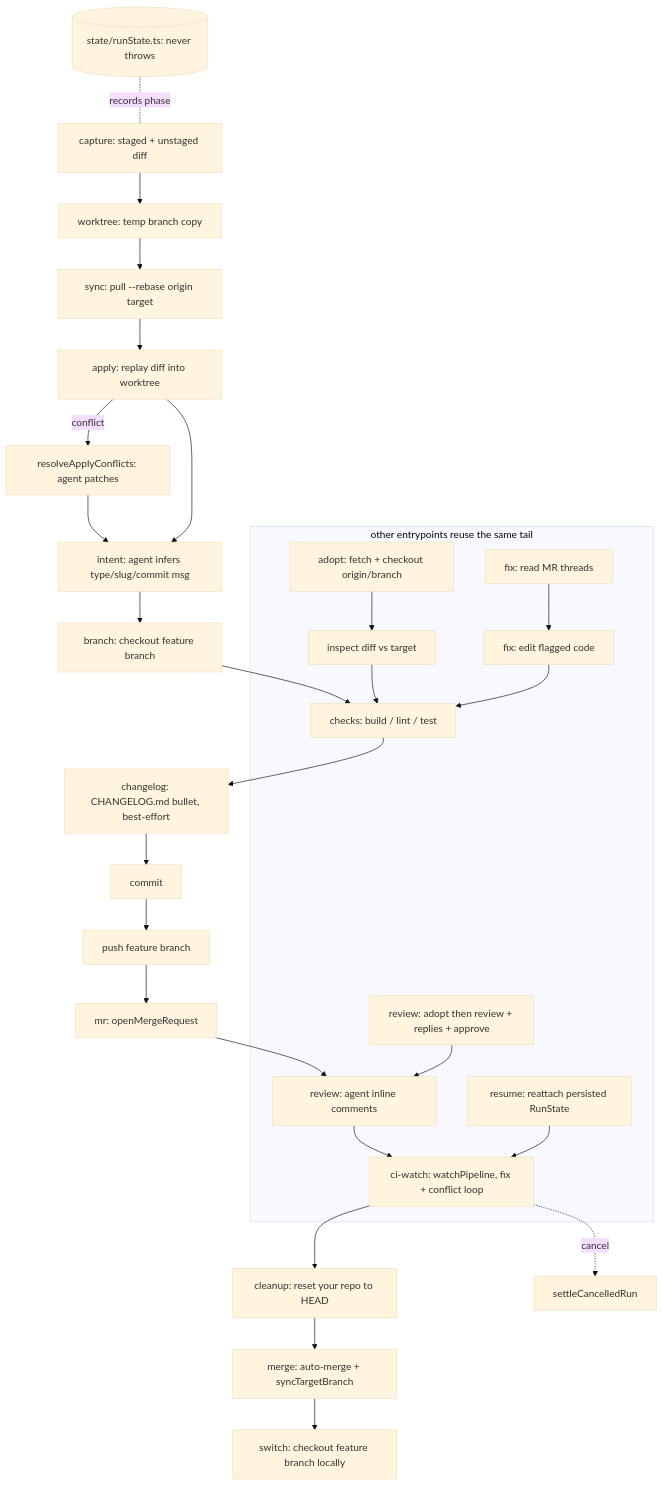
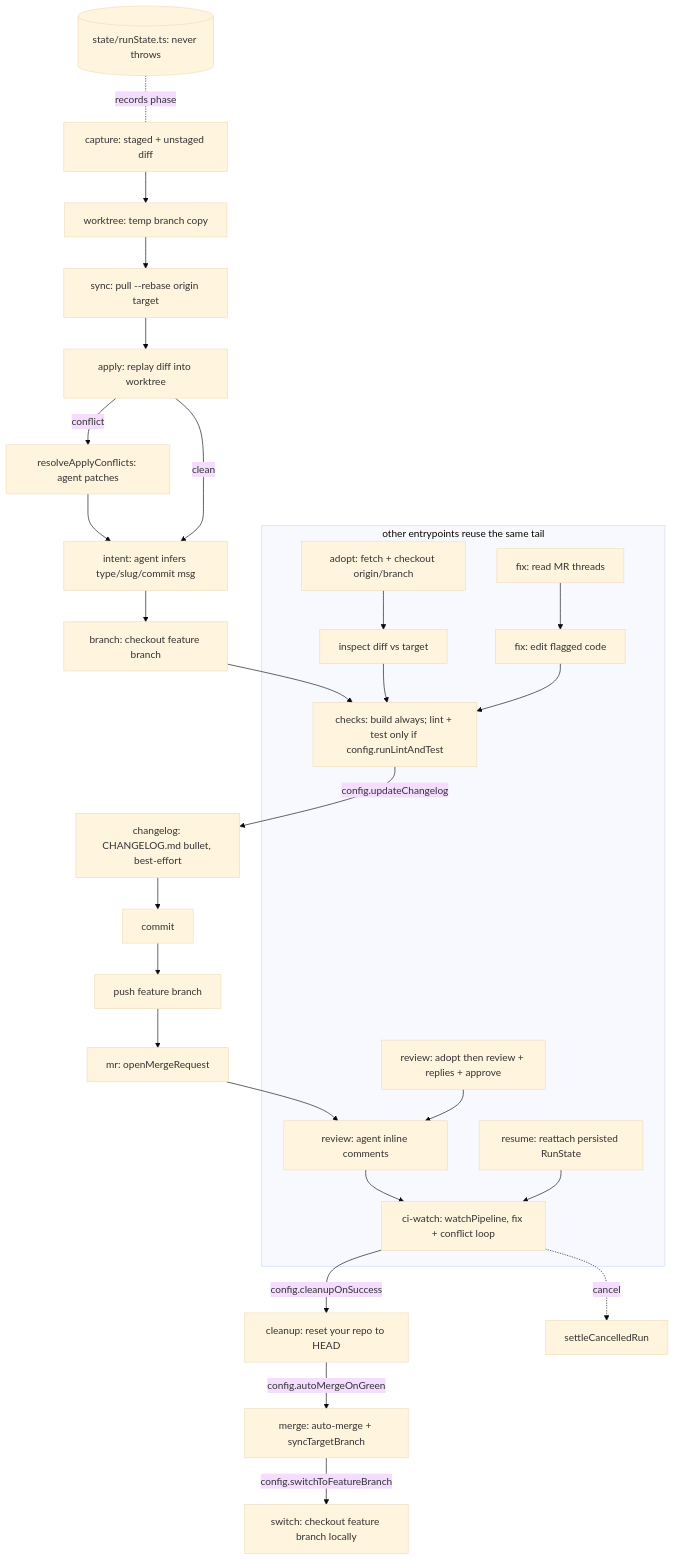
The diagram in .ai-memory/diagrams/workflow/pipeline.mmd (MohanTn/pipeline_worker), drawn with Mermaid (base theme) before and after one commit. The commit also changed 1 other file, not shown here.

```diff
--- a/.ai-memory/diagrams/workflow/pipeline.mmd
+++ b/.ai-memory/diagrams/workflow/pipeline.mmd
@@ -1,31 +1,31 @@
 %% Step ids come from src/workflow/runPlan.ts (freshRunSkeleton / resumeSkeleton /
 %% adoptSkeleton / fixSkeleton / reviewSkeleton). drivePipeline in orchestrate.ts
 %% walks them via the ensure* cursor functions, persisting RunPhase after each.
 flowchart TD
   capture[capture: staged + unstaged diff] --> worktree[worktree: temp branch copy]
   worktree --> sync[sync: pull --rebase origin target]
   sync --> apply[apply: replay diff into worktree]
   apply -->|conflict| resolveApply[resolveApplyConflicts: agent patches]
   resolveApply --> intent
-  apply --> intent[intent: agent infers type/slug/commit msg]
+  apply -->|clean| intent[intent: agent infers type/slug/commit msg]
   intent --> branch[branch: checkout feature branch]
-  branch --> checks[checks: build / lint / test]
-  checks --> changelog[changelog: CHANGELOG.md bullet, best-effort]
+  branch --> checks["checks: build always; lint + test only if config.runLintAndTest"]
+  checks -->|config.updateChangelog| changelog[changelog: CHANGELOG.md bullet, best-effort]
   changelog --> commit[commit]
   commit --> push[push feature branch]
   push --> mr[mr: openMergeRequest]
   mr --> review[review: agent inline comments]
   review --> ciwatch[ci-watch: watchPipeline, fix + conflict loop]
-  ciwatch --> cleanup[cleanup: reset your repo to HEAD]
-  cleanup --> merge[merge: auto-merge + syncTargetBranch]
-  merge --> switchB[switch: checkout feature branch locally]
+  ciwatch -->|config.cleanupOnSuccess| cleanup[cleanup: reset your repo to HEAD]
+  cleanup -->|config.autoMergeOnGreen| merge[merge: auto-merge + syncTargetBranch]
+  merge -->|config.switchToFeatureBranch| switchB[switch: checkout feature branch locally]
 
   subgraph entrypoints [other entrypoints reuse the same tail]
     resume[resume: reattach persisted RunState] --> ciwatch
     adopt[adopt: fetch + checkout origin/branch] --> inspect[inspect diff vs target] --> checks
     fixcmd[fix: read MR threads] --> fixstep[fix: edit flagged code] --> checks
     reviewcmd[review: adopt then review + replies + approve] --> review
   end
 
   ciwatch -. cancel .-> settle[settleCancelledRun]
   runstate[(state/runState.ts: never throws)] -.records phase.- capture
```
